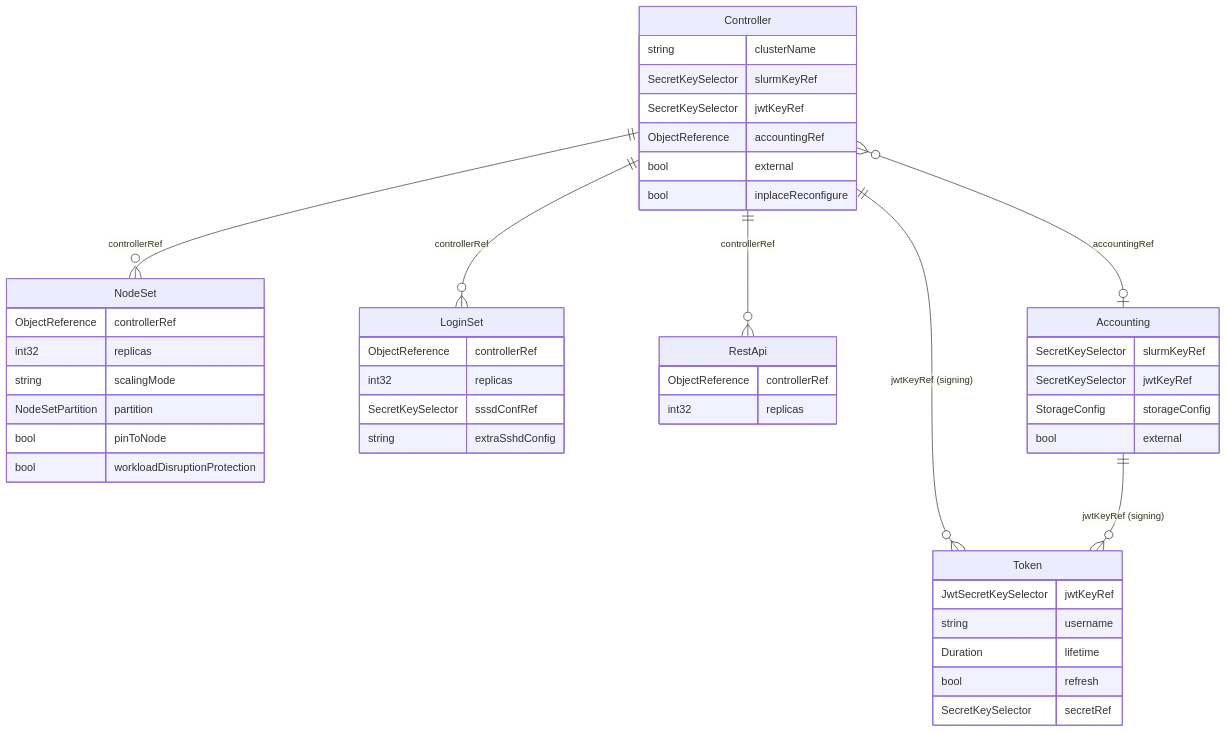
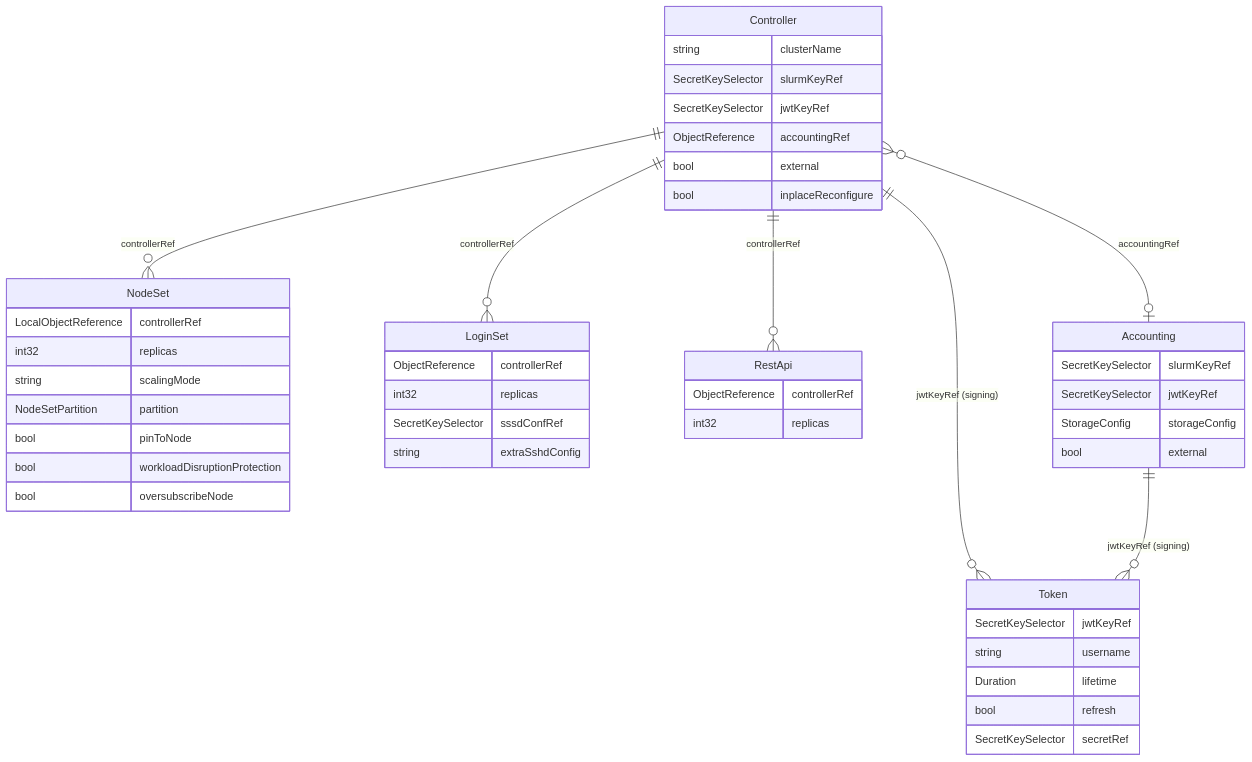
One commit to pichiu/slurm-operator changed the diagram in .trace/DATA_MODEL.md. Above: the diagram before and after it, drawn with Mermaid. The commit also changed other lines of this file, not shown here.

````diff
--- a/.trace/DATA_MODEL.md
+++ b/.trace/DATA_MODEL.md
@@ -9,49 +10,50 @@
 ```mermaid
 erDiagram
     Controller {
         string clusterName
         SecretKeySelector slurmKeyRef
         SecretKeySelector jwtKeyRef
         ObjectReference accountingRef
         bool external
         bool inplaceReconfigure
     }
     NodeSet {
-        ObjectReference controllerRef
+        LocalObjectReference controllerRef
         int32 replicas
         string scalingMode
         NodeSetPartition partition
         bool pinToNode
         bool workloadDisruptionProtection
+        bool oversubscribeNode
     }
     LoginSet {
         ObjectReference controllerRef
         int32 replicas
         SecretKeySelector sssdConfRef
         string extraSshdConfig
     }
     RestApi {
         ObjectReference controllerRef
         int32 replicas
     }
     Accounting {
         SecretKeySelector slurmKeyRef
         SecretKeySelector jwtKeyRef
         StorageConfig storageConfig
         bool external
     }
     Token {
-        JwtSecretKeySelector jwtKeyRef
+        SecretKeySelector jwtKeyRef
         string username
         Duration lifetime
         bool refresh
         SecretKeySelector secretRef
     }
 
     Controller ||--o{ NodeSet   : "controllerRef"
     Controller ||--o{ LoginSet  : "controllerRef"
     Controller ||--o{ RestApi   : "controllerRef"
     Controller }o--o| Accounting : "accountingRef"
     Controller ||--o{ Token     : "jwtKeyRef (signing)"
     Accounting ||--o{ Token     : "jwtKeyRef (signing)"
 ```
````
